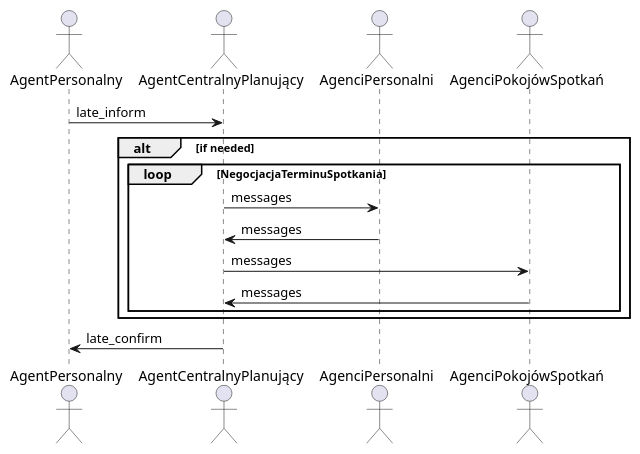
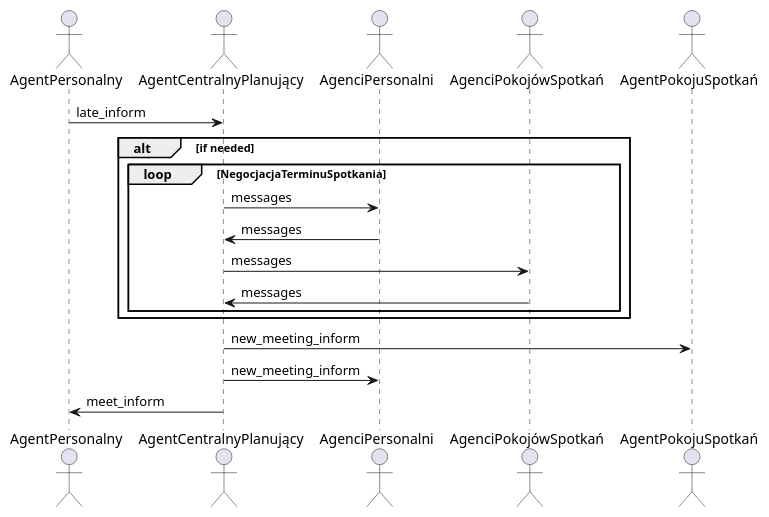
The diagram in project_description/diagrams_src/InformowanieOSpóźnieniu.puml (michalMilewski-8/SmartBuilding_Agent_MiNI_Project), drawn with PlantUML before and after one commit. The commit also changed 1 other file, not shown here.

Commit message:
Change meeting late description

```diff
--- a/project_description/diagrams_src/InformowanieOSpóźnieniu.puml
+++ b/project_description/diagrams_src/InformowanieOSpóźnieniu.puml
@@ -1,18 +1,21 @@
 @startuml
 actor AgentPersonalny
 actor AgentCentralnyPlanujący
 actor AgenciPersonalni
 actor AgenciPokojówSpotkań
+actor AgentPokojuSpotkań
 
 AgentPersonalny -> AgentCentralnyPlanujący : late_inform
 alt if needed
 	loop NegocjacjaTerminuSpotkania
 		AgentCentralnyPlanujący -> AgenciPersonalni : messages
 		AgenciPersonalni -> AgentCentralnyPlanujący : messages
 		AgentCentralnyPlanujący -> AgenciPokojówSpotkań : messages
 		AgenciPokojówSpotkań -> AgentCentralnyPlanujący : messages
 	end
 end
-AgentCentralnyPlanujący -> AgentPersonalny : late_confirm
+AgentCentralnyPlanujący -> AgentPokojuSpotkań : new_meeting_inform
+AgentCentralnyPlanujący -> AgenciPersonalni : new_meeting_inform
+AgentCentralnyPlanujący -> AgentPersonalny : meet_inform
 
 @enduml
```
